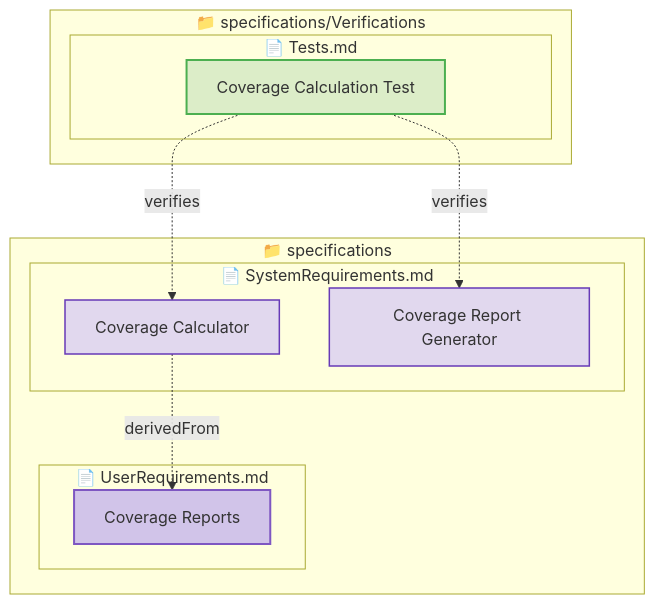
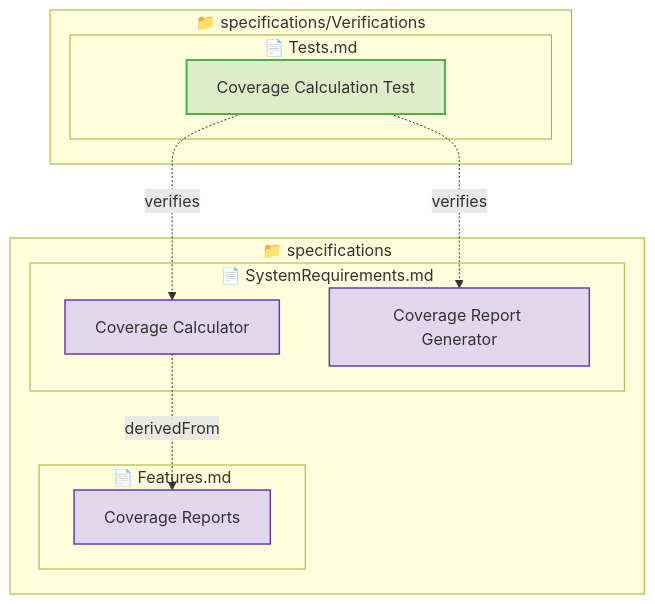
The fourth of 6 diagrams in tests/test-verification-traces/expected/expected_redundant_output.md (reqvire-org/reqvire), drawn with Mermaid before and after one commit. The commit also changed other lines of this file and 446 other files, not shown here.

````diff
--- a/tests/test-verification-traces/expected/expected_redundant_output.md
+++ b/tests/test-verification-traces/expected/expected_redundant_output.md
@@ -126,32 +126,32 @@
 ```mermaid
 graph TD
-  classDef userRequirement fill:#D1C4E9,stroke:#7E57C2,stroke-width:2px;
+  classDef feature fill:#BBDEFB,stroke:#1976D2,stroke-width:2.5px;
   classDef systemRequirement fill:#E1D8EE,stroke:#673AB7,stroke-width:1.5px;
   classDef requirement fill:#ECEFF1,stroke:#673AB7,stroke-width:1.5px;
   classDef verification fill:#DCEDC8,stroke:#4CAF50,stroke-width:2px;
   classDef folder fill:#FAFAFA,stroke:#9E9E9E,stroke-width:3px;
   classDef file fill:#FFF8E1,stroke:#FFCA28,stroke-width:2px;
   classDef default fill:#F5F5F5,stroke:#424242,stroke-width:1.5px;
 
   subgraph 9d68b769fcbc79d0["📁 specifications"]
+    subgraph 52b96646352f3ec7["📄 Features.md"]
+      81ebeaf8af789f94["Coverage Reports"]:::systemRequirement
+      click 81ebeaf8af789f94 "specifications/Features.md#coverage-reports";
+    end
     subgraph 77808752d543f615["📄 SystemRequirements.md"]
       1dec177646fd03e3["Coverage Calculator"]:::systemRequirement
       click 1dec177646fd03e3 "specifications/SystemRequirements.md#coverage-calculator";
       43a94f9f7d2eef41["Coverage Report Generator"]:::systemRequirement
       click 43a94f9f7d2eef41 "specifications/SystemRequirements.md#coverage-report-generator";
-    end
-    subgraph 6e2c14866f0b0117["📄 UserRequirements.md"]
-      6a7a8577bc77979d["Coverage Reports"]:::userRequirement
-      click 6a7a8577bc77979d "specifications/UserRequirements.md#coverage-reports";
     end
   end
   subgraph 9f0649e759bd2822["📁 specifications/Verifications"]
     subgraph 7d9dffd79ed1d5b8["📄 Tests.md"]
       b99504832fc8e0f1["Coverage Calculation Test"]:::verification
       click b99504832fc8e0f1 "specifications/Verifications/Tests.md#coverage-calculation-test";
     end
   end
   b99504832fc8e0f1 -.->|verifies| 1dec177646fd03e3;
   b99504832fc8e0f1 -.->|verifies| 43a94f9f7d2eef41;
-  1dec177646fd03e3 -.->|derivedFrom| 6a7a8577bc77979d;
+  1dec177646fd03e3 -.->|derivedFrom| 81ebeaf8af789f94;
 ```
````
